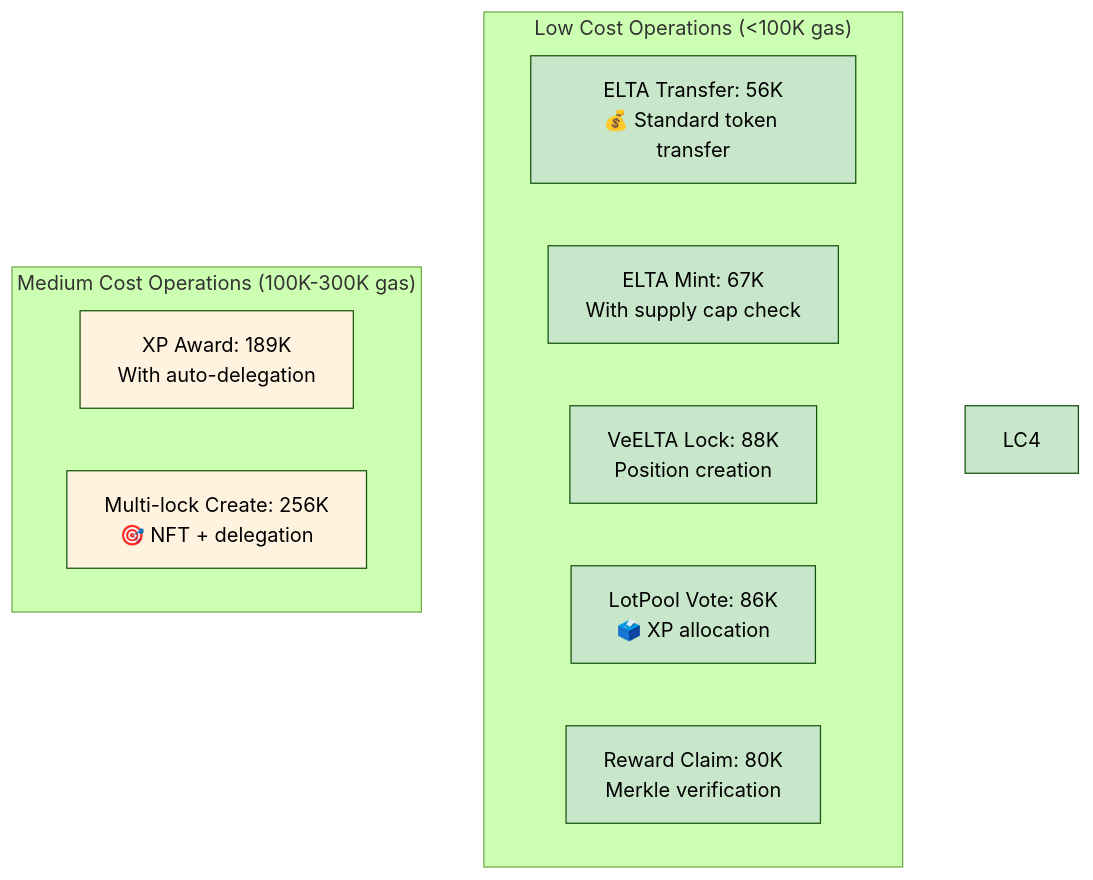
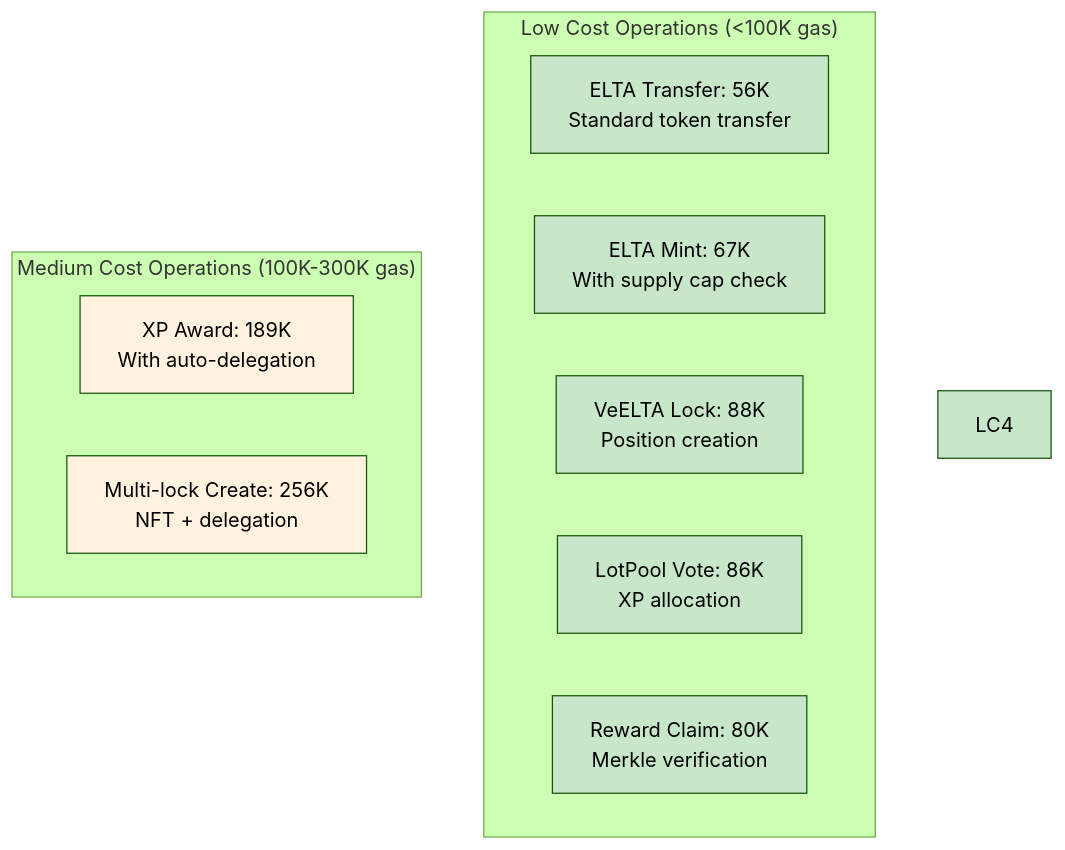
The ninth of 10 diagrams in README.md (Elata-Biosciences/elata-protocol), drawn with Mermaid (forest theme) before and after one commit. The commit also changed other lines of this file and 41 other files, not shown here.

````diff
--- a/README.md
+++ b/README.md
@@ -838,24 +859,24 @@
 ```mermaid
 graph TD
     subgraph "Low Cost Operations (<100K gas)"
-        LC1[ELTA Transfer: 56K<br/>💰 Standard token transfer]
-        LC2[ELTA Mint: 67K<br/> With supply cap check]
-        LC3[VeELTA Lock: 88K<br/> Position creation]
-        LC5[LotPool Vote: 86K<br/>🗳️ XP allocation]
-        LC6[Reward Claim: 80K<br/> Merkle verification]
+        LC1[ELTA Transfer: 56K<br/>Standard token transfer]
+        LC2[ELTA Mint: 67K<br/>With supply cap check]
+        LC3[VeELTA Lock: 88K<br/>Position creation]
+        LC5[LotPool Vote: 86K<br/>XP allocation]
+        LC6[Reward Claim: 80K<br/>Merkle verification]
     end
     
     subgraph "Medium Cost Operations (100K-300K gas)"
         MC1[XP Award: 189K<br/> With auto-delegation]
-        MC2[Multi-lock Create: 256K<br/>🎯 NFT + delegation]
+        MC2[Multi-lock Create: 256K<br/>NFT + delegation]
     end
     
     style LC1 fill:#c8e6c9
     style LC2 fill:#c8e6c9
     style LC3 fill:#c8e6c9
     style LC4 fill:#c8e6c9
     style LC5 fill:#c8e6c9
     style LC6 fill:#c8e6c9
     style MC1 fill:#fff3e0
     style MC2 fill:#fff3e0
 ```
````
